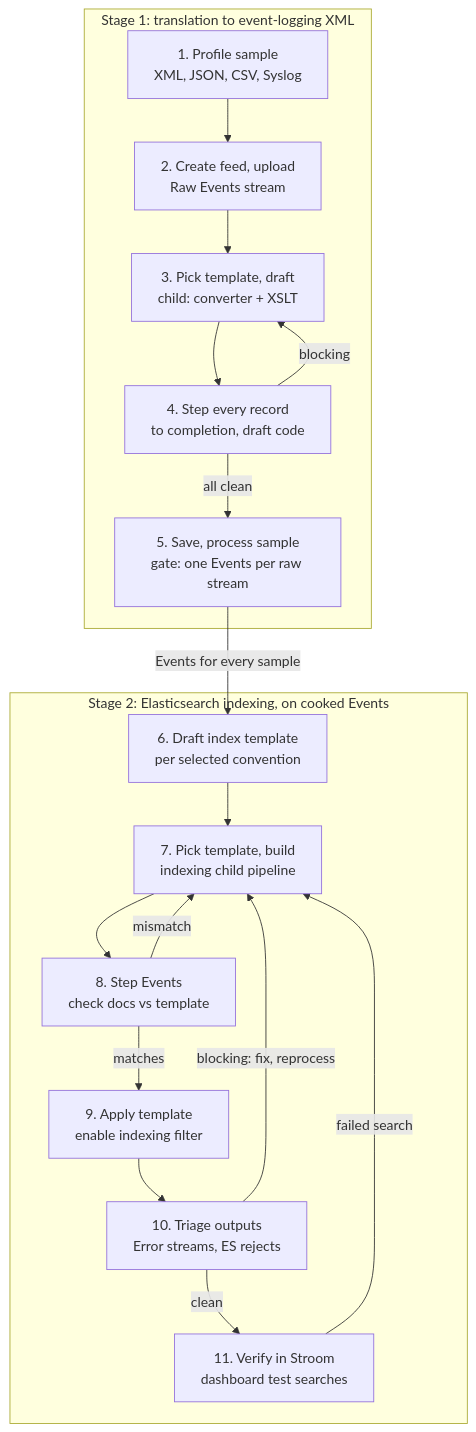
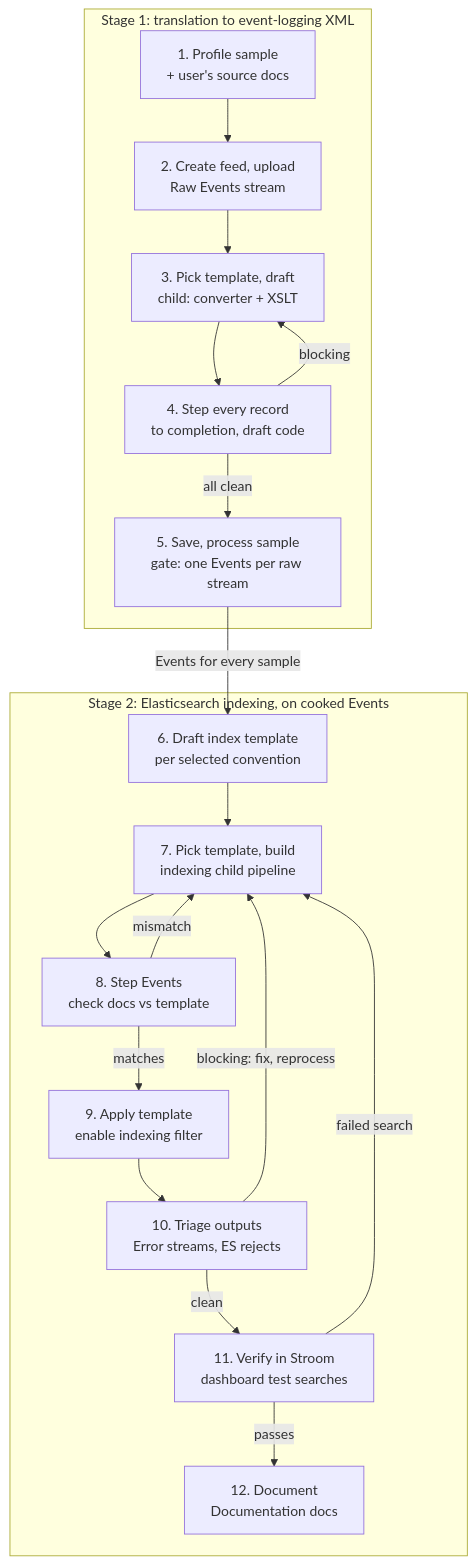
Before and after one commit to gradata-systems/stroom-fastmcp-server: the first of 3 diagrams in docs/DESIGN.md, drawn with Mermaid. The commit also changed other lines of this file, not shown here.

First line of the commit message:
Update design: pipeline evaluation, documentation and source notes

````diff
--- a/docs/DESIGN.md
+++ b/docs/DESIGN.md
@@ -30,21 +30,22 @@
 ```mermaid
 flowchart TD
     subgraph S1[Stage 1: translation to event-logging XML]
-        A[1. Profile sample<br/>XML, JSON, CSV, Syslog] --> B[2. Create feed, upload<br/>Raw Events stream]
+        A[1. Profile sample<br/>+ user's source docs] --> B[2. Create feed, upload<br/>Raw Events stream]
         B --> C[3. Pick template, draft<br/>child: converter + XSLT]
         C --> D[4. Step every record<br/>to completion, draft code]
         D -- blocking --> C
         D -- all clean --> E[5. Save, process sample<br/>gate: one Events per raw stream]
     end
     subgraph S2[Stage 2: Elasticsearch indexing, on cooked Events]
         F[6. Draft index template<br/>per selected convention] --> G[7. Pick template, build<br/>indexing child pipeline]
         G --> H[8. Step Events<br/>check docs vs template]
         H -- mismatch --> G
         H -- matches --> I[9. Apply template<br/>enable indexing filter]
         I --> J[10. Triage outputs<br/>Error streams, ES rejects]
         J -- blocking: fix, reprocess --> G
         J -- clean --> K[11. Verify in Stroom<br/>dashboard test searches]
+        K -- passes --> L[12. Document<br/>Documentation docs]
         K -- failed search --> G
     end
     E -- Events for every sample --> F
 ```
````
